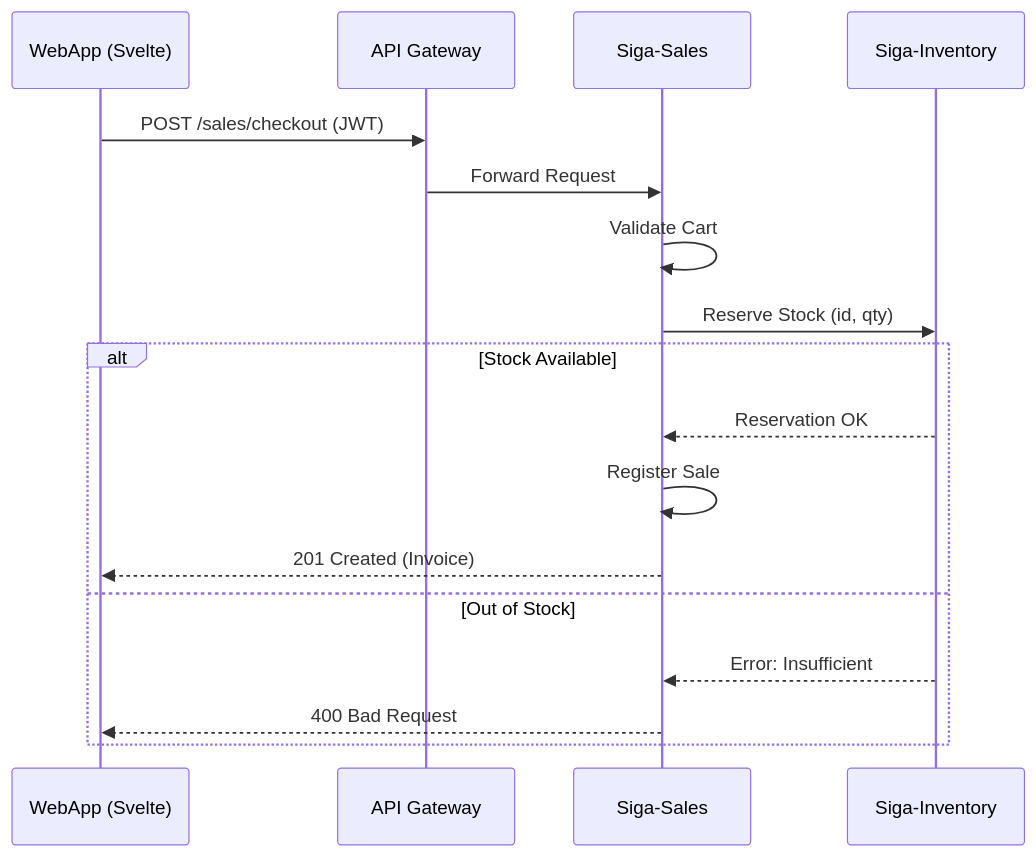
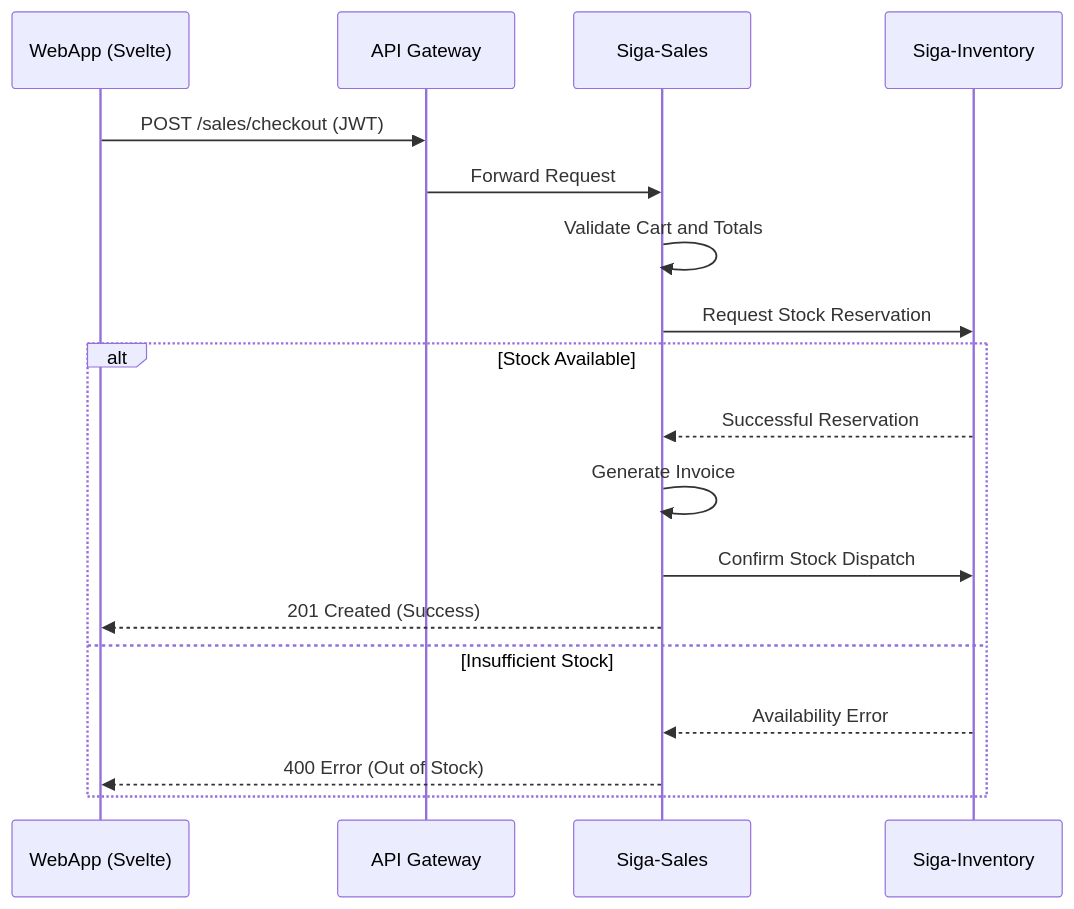
One commit to HecAguilaV/SIGA changed the first of 2 diagrams in docs/technical-room/en/04-PROCESS-VIEW.mdx. Above: the diagram before and after it, drawn with Mermaid. The commit also changed other lines of this file and 11 other files, not shown here.

Commit message:
docs: arquitectura técnica 4+1 bilingüe final - alto contraste y accesibilidad / final 4+1 bilingual technical architecture - high contrast and accessibility

````diff
--- a/docs/technical-room/en/04-PROCESS-VIEW.mdx
+++ b/docs/technical-room/en/04-PROCESS-VIEW.mdx
@@ -11,20 +11,22 @@
 ```mermaid
 sequenceDiagram
     participant Web as WebApp (Svelte)
     participant GT as API Gateway
     participant Sales as Siga-Sales
     participant Inv as Siga-Inventory
 
     Web->>GT: POST /sales/checkout (JWT)
     GT->>Sales: Forward Request
-    Sales->>Sales: Validate Cart
-    Sales->>Inv: Reserve Stock (id, qty)
+    Sales->>Sales: Validate Cart and Totals
+    Sales->>Inv: Request Stock Reservation
+    
     alt Stock Available
-        Inv-->>Sales: Reservation OK
-        Sales->>Sales: Register Sale
-        Sales-->>Web: 201 Created (Invoice)
-    else Out of Stock
-        Inv-->>Sales: Error: Insufficient
-        Sales-->>Web: 400 Bad Request
+        Inv-->>Sales: Successful Reservation
+        Sales->>Sales: Generate Invoice
+        Sales->>Inv: Confirm Stock Dispatch
+        Sales-->>Web: 201 Created (Success)
+    else Insufficient Stock
+        Inv-->>Sales: Availability Error
+        Sales-->>Web: 400 Error (Out of Stock)
     end
 ```
````
